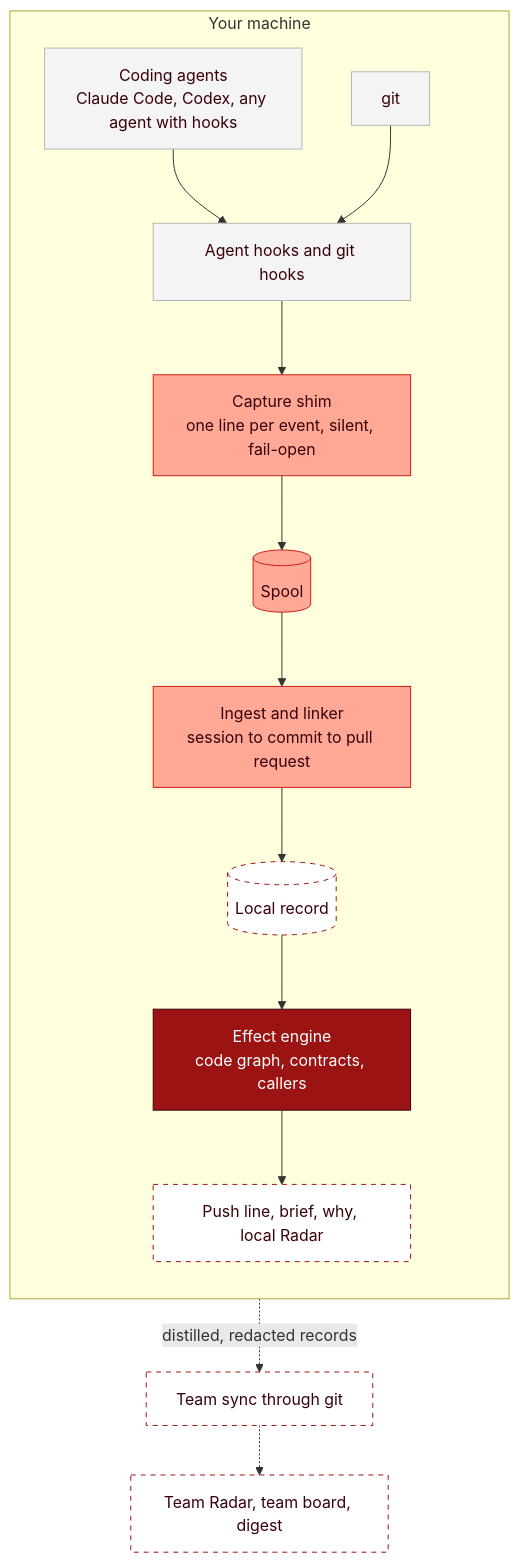
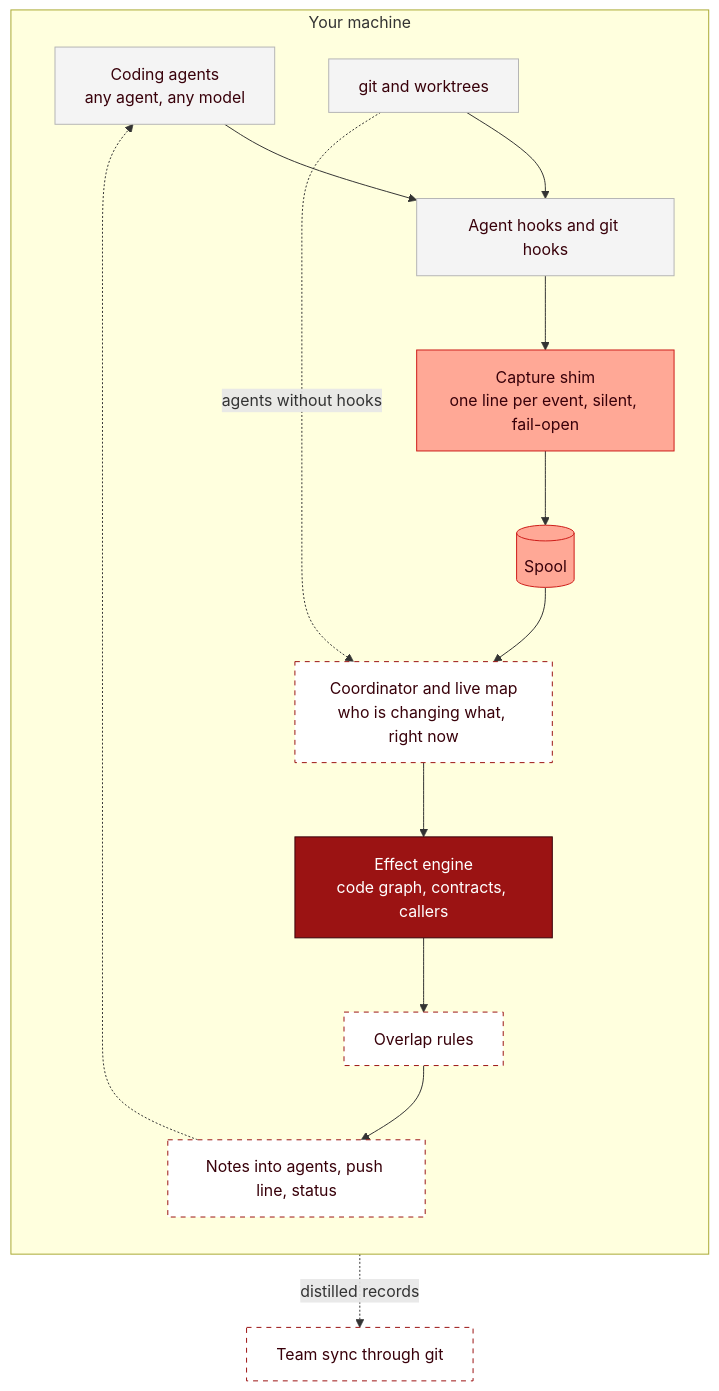
One commit to samratrajsharma/Orchestraty changed the second of 2 diagrams in README.md. Above: the diagram before and after it, drawn with Mermaid. The commit also changed other lines of this file, not shown here.

First line of the commit message:
docs: rewrite the README for coordination between parallel agent sessions

````diff
--- a/README.md
+++ b/README.md
@@ -81,24 +93,26 @@
 ```mermaid
 flowchart TB
     subgraph machine["Your machine"]
         direction TB
-        agents["Coding agents<br/>Claude Code, Codex, any agent with hooks"]:::tool
-        gitrepo["git"]:::tool
+        agents["Coding agents<br/>any agent, any model"]:::tool
+        gitrepo["git and worktrees"]:::tool
         hooks["Agent hooks and git hooks"]:::tool
         shim["Capture shim<br/>one line per event, silent, fail-open"]:::experiment
         spool[("Spool")]:::experiment
-        linker["Ingest and linker<br/>session to commit to pull request"]:::experiment
-        record[("Local record")]:::planned
+        coord["Coordinator and live map<br/>who is changing what, right now"]:::planned
         engine["Effect engine<br/>code graph, contracts, callers"]:::built
-        outputs["Push line, brief, why, local Radar"]:::planned
+        rules["Overlap rules"]:::planned
+        notes["Notes into agents, push line, status"]:::planned
         agents --> hooks
         gitrepo --> hooks
-        hooks --> shim --> spool --> linker --> record --> engine --> outputs
+        hooks --> shim --> spool --> coord
+        gitrepo -.->|agents without hooks| coord
+        coord --> engine --> rules --> notes
+        notes -.-> agents
     end
-    record -.->|distilled, redacted records| sync["Team sync through git"]:::planned
-    sync -.-> team["Team Radar, team board, digest"]:::planned
+    coord -.->|distilled records| sync["Team sync through git"]:::planned
     classDef tool fill:#F4F4F4,stroke:#B5B5B5,color:#38000A;
     classDef built fill:#9B1313,stroke:#38000A,color:#FFFFFF;
     classDef experiment fill:#FFA896,stroke:#CD1C18,color:#38000A;
     classDef planned fill:#FFFFFF,stroke:#9B1313,stroke-dasharray:5 5,color:#38000A;
 ```
````
